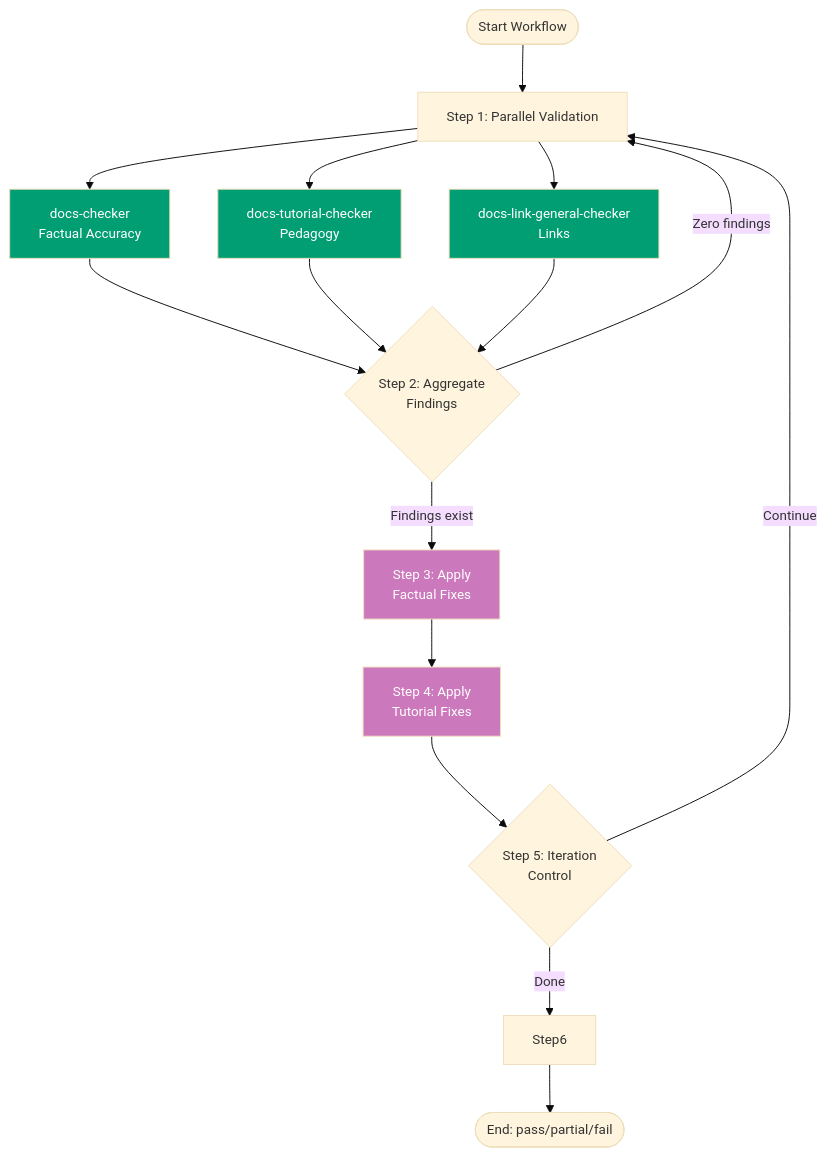
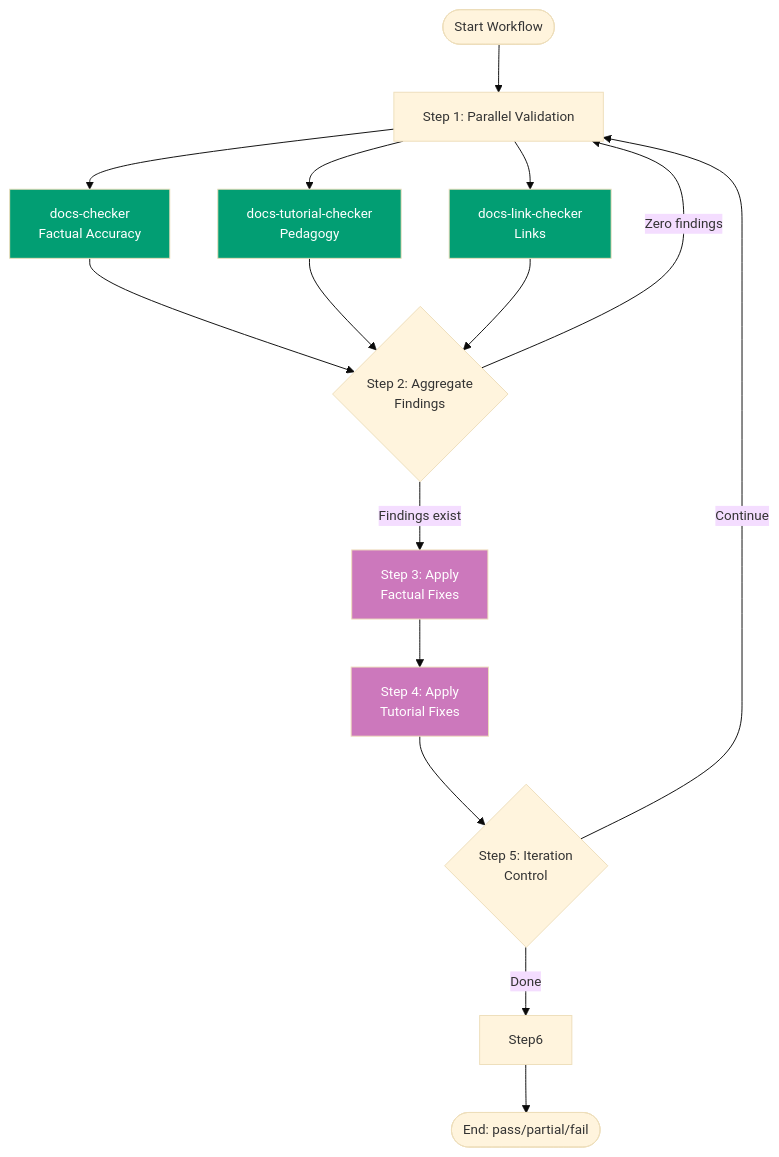
Before and after one commit to wahidyankf/open-sharia-enterprise: the diagram in governance/workflows/docs/quality-gate.md, drawn with Mermaid. The commit also changed other lines of this file and 36 other files, not shown here.

First line of the commit message:
refactor(agents): rename docs-link-general-checker to docs-link-checker

````diff
--- a/governance/workflows/docs/quality-gate.md
+++ b/governance/workflows/docs/quality-gate.md
@@ -108,30 +108,30 @@
 ```mermaid
 %%{init: {'theme':'base', 'themeVariables': { 'fontSize':'14px'}}}%%
 graph TB
     Start([Start Workflow]) --> Step1[Step 1: Parallel Validation]
 
     Step1 --> Check1[docs-checker<br/>Factual Accuracy]
     Step1 --> Check2[docs-tutorial-checker<br/>Pedagogy]
-    Step1 --> Check3[docs-link-general-checker<br/>Links]
+    Step1 --> Check3[docs-link-checker<br/>Links]
 
     Check1 --> Step2{Step 2: Aggregate<br/>Findings}
     Check2 --> Step2
     Check3 --> Step2
 
     Step2 -->|Zero findings| Step1
     Step2 -->|Findings exist| Step3[Step 3: Apply<br/>Factual Fixes]
 
     Step3 --> Step4[Step 4: Apply<br/>Tutorial Fixes]
     Step4 --> Step5{Step 5: Iteration<br/>Control}
 
     Step5 -->|Continue| Step1
     Step5 -->|Done| Step6
 
     Step6 --> End([End: pass/partial/fail])
 
     style Check1 fill:#029E73,color:#fff
     style Check2 fill:#029E73,color:#fff
     style Check3 fill:#029E73,color:#fff
     style Step3 fill:#CC78BC,color:#fff
     style Step4 fill:#CC78BC,color:#fff
 ```
````
